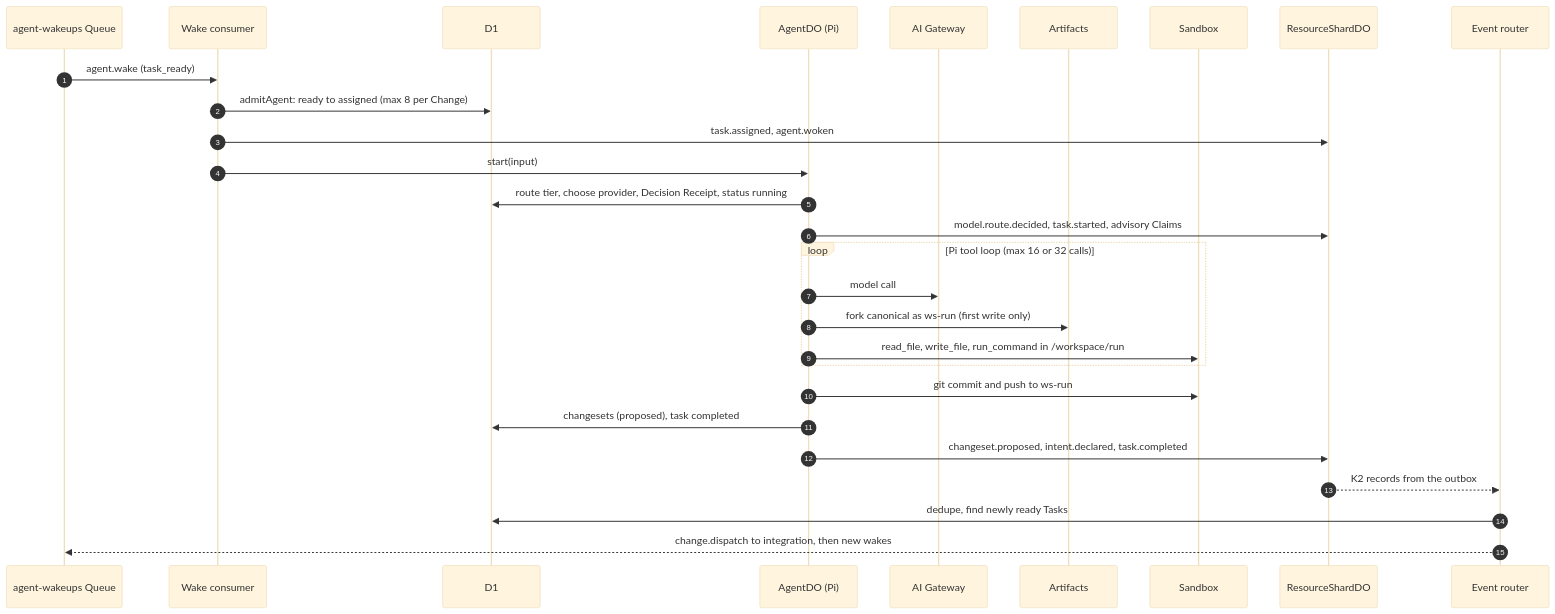
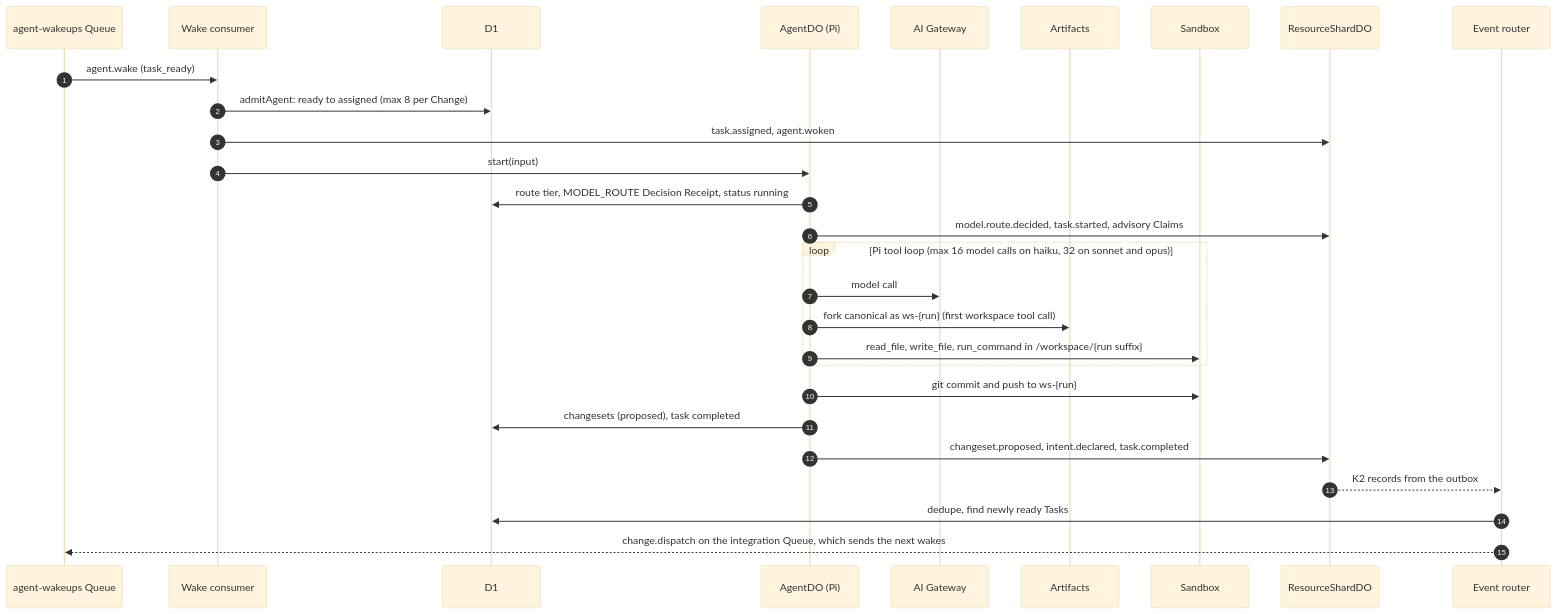
One commit to nsudhanva/rhumbatron changed the second of 7 diagrams in docs/architecture/change-lifecycle.md. Above: the diagram before and after it, drawn with Mermaid (base theme). The commit also changed other lines of this file and 47 other files, not shown here.

````diff
--- a/docs/architecture/change-lifecycle.md
+++ b/docs/architecture/change-lifecycle.md
@@ -80,31 +82,31 @@
 ```mermaid
 sequenceDiagram
   autonumber
   participant WQ as agent-wakeups Queue
   participant AC as Wake consumer
   participant D1 as D1
   participant A as AgentDO (Pi)
   participant GW as AI Gateway
   participant Art as Artifacts
   participant SBX as Sandbox
   participant Shard as ResourceShardDO
   participant ER as Event router
 
   WQ->>AC: agent.wake (task_ready)
   AC->>D1: admitAgent: ready to assigned (max 8 per Change)
   AC->>Shard: task.assigned, agent.woken
   AC->>A: start(input)
-  A->>D1: route tier, choose provider, Decision Receipt, status running
+  A->>D1: route tier, MODEL_ROUTE Decision Receipt, status running
   A->>Shard: model.route.decided, task.started, advisory Claims
-  loop Pi tool loop (max 16 or 32 calls)
+  loop Pi tool loop (max 16 model calls on haiku, 32 on sonnet and opus)
     A->>GW: model call
-    A->>Art: fork canonical as ws-run (first write only)
-    A->>SBX: read_file, write_file, run_command in /workspace/run
+    A->>Art: fork canonical as ws-{run} (first workspace tool call)
+    A->>SBX: read_file, write_file, run_command in /workspace/{run suffix}
   end
-  A->>SBX: git commit and push to ws-run
+  A->>SBX: git commit and push to ws-{run}
   A->>D1: changesets (proposed), task completed
   A->>Shard: changeset.proposed, intent.declared, task.completed
   Shard-->>ER: K2 records from the outbox
   ER->>D1: dedupe, find newly ready Tasks
-  ER-->>WQ: change.dispatch to integration, then new wakes
+  ER-->>WQ: change.dispatch on the integration Queue, which sends the next wakes
 ```
````
